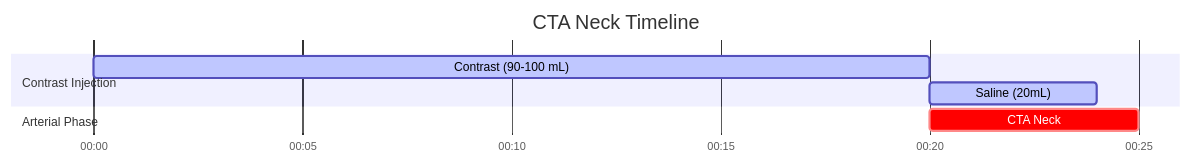
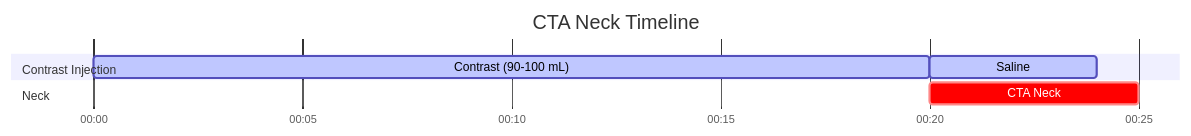
The diagram in docs/ct/neuro/cta-neck.md (dfergs93/radiology-protocols), drawn with Mermaid before and after one commit. The commit also changed other lines of this file and 101 other files, not shown here.

````diff
--- a/docs/ct/neuro/cta-neck.md
+++ b/docs/ct/neuro/cta-neck.md
@@ -84,16 +85,18 @@
   ```mermaid
   ---
+  displayMode: compact
   config:
     theme: default
+    themeCSS: " #Saline{ fill: #4ed5ff; stroke: #2094f3; } "
   ---
     gantt
       title CTA Neck Timeline
       dateFormat mm:ss
       axisFormat %M:%S 
       
       section Contrast Injection
       Contrast (90-100 mL)    :active, contrast, 00:00, 20s
-      Saline (20mL)          :active, saline, after contrast, 4s
-      section Arterial Phase
+      Saline          :active, saline, after contrast, 4s
+      section Neck
       CTA Neck    :crit, scan1, after contrast, 5s
   ```
````
